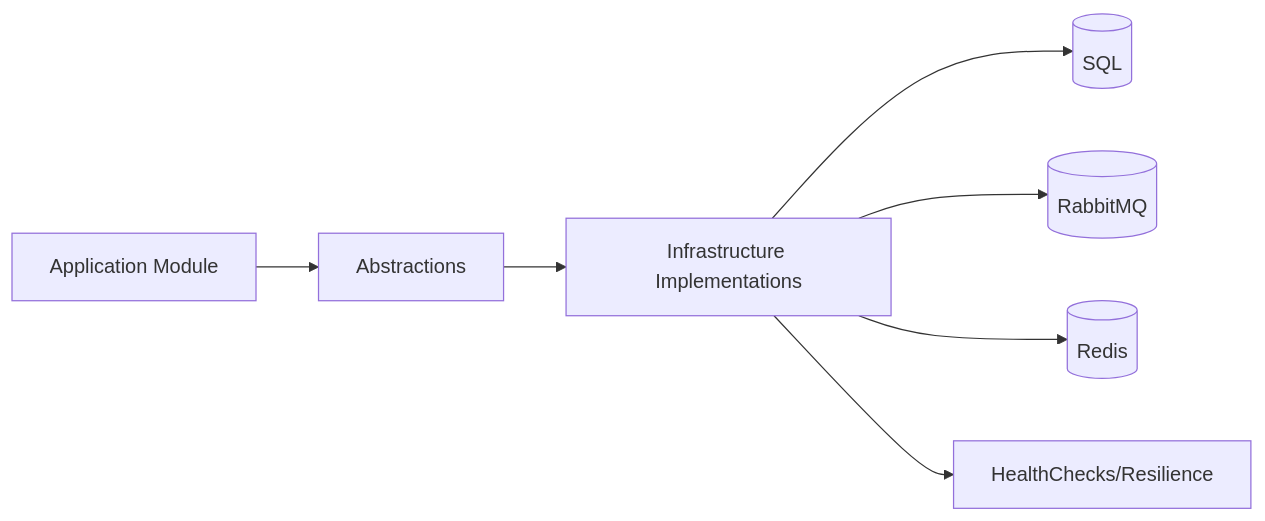
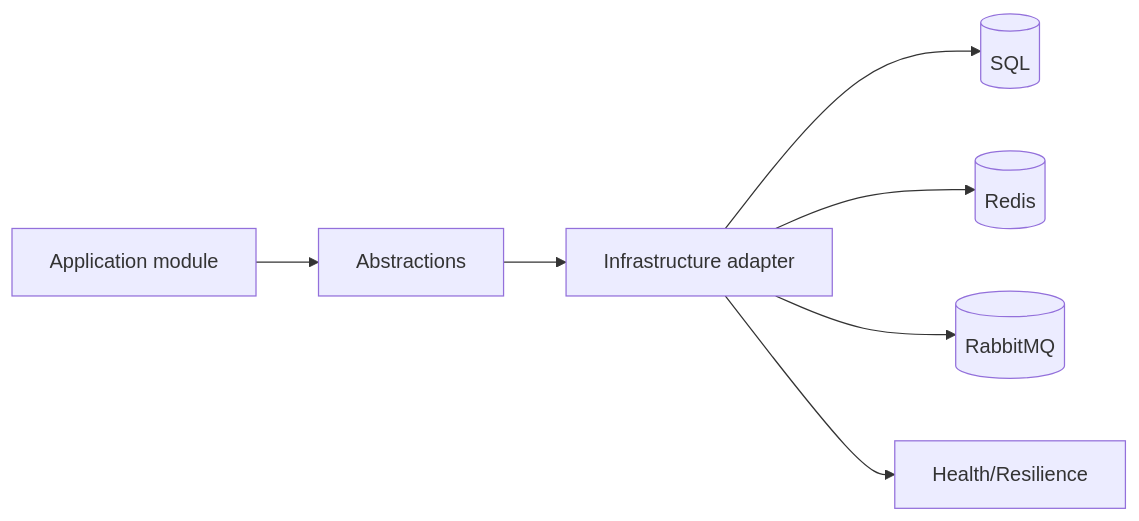
One commit to FarhadAhmadi/CleanArchitecture-Base changed diagram 15 of 15 in docs/modules/Usage-and-Workflows-fa.md. Above: the diagram before and after it, drawn with Mermaid. The commit also changed other lines of this file and 12 other files, not shown here.

````diff
--- a/docs/modules/Usage-and-Workflows-fa.md
+++ b/docs/modules/Usage-and-Workflows-fa.md
@@ -254,9 +507,9 @@
 ```mermaid
 flowchart LR
-    A[Application Module] --> AB[Abstractions]
-    AB --> INF[Infrastructure Implementations]
-    INF --> DB[(SQL)]
-    INF --> MQ[(RabbitMQ)]
-    INF --> R[(Redis)]
-    INF --> H[HealthChecks/Resilience]
+    A[Application module] --> B[Abstractions]
+    B --> C[Infrastructure adapter]
+    C --> D[(SQL)]
+    C --> E[(Redis)]
+    C --> F[(RabbitMQ)]
+    C --> G[Health/Resilience]
 ```
````
